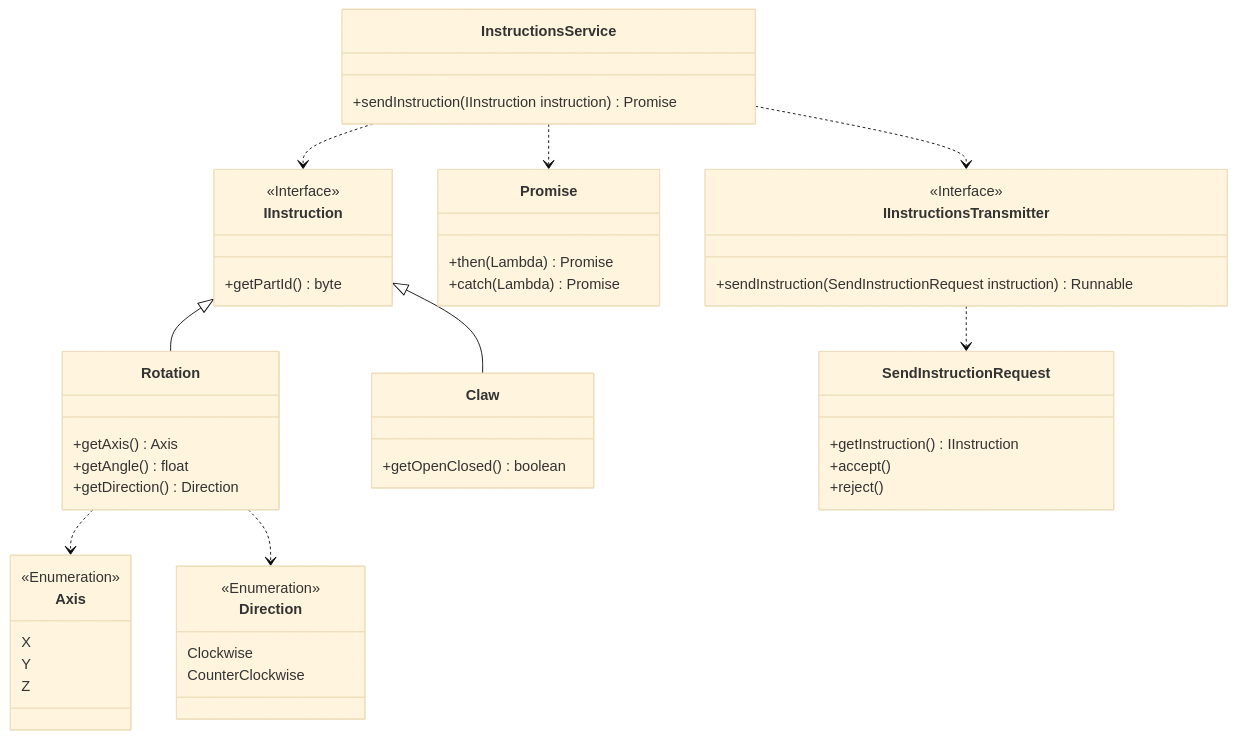
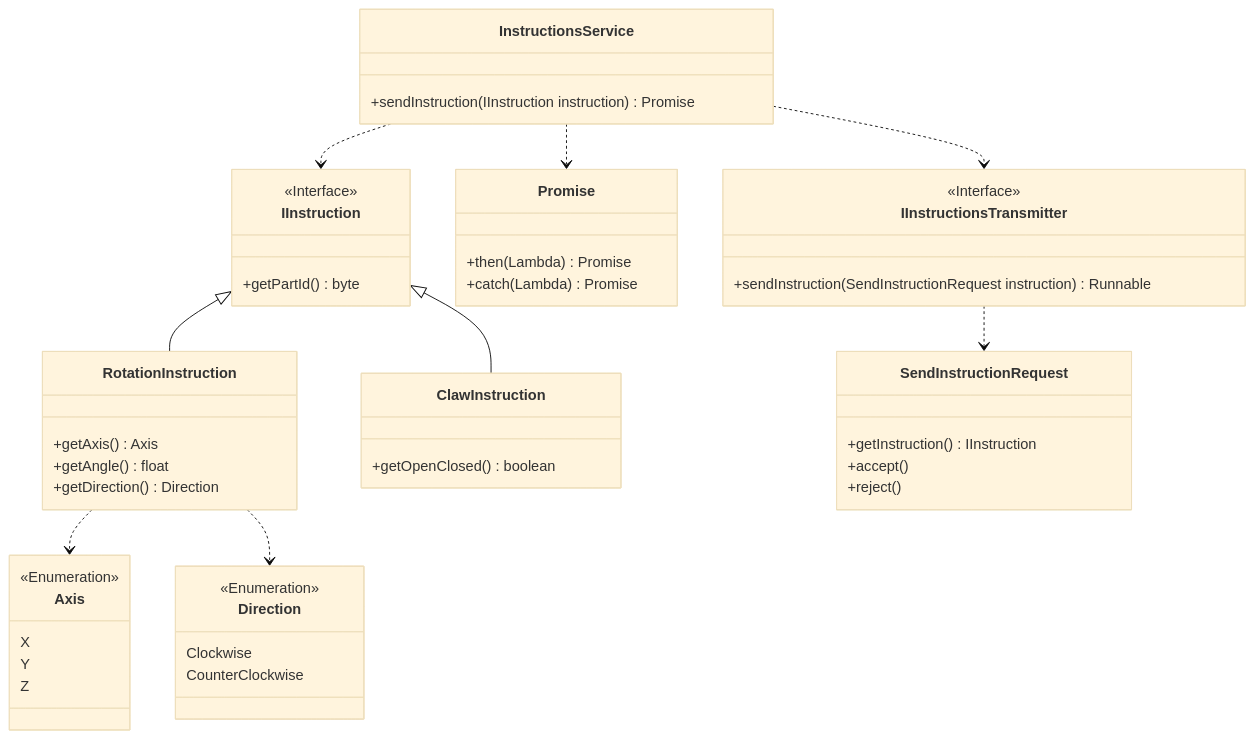
Before and after one commit to J4VJ4R/Proyecto-de-grado-Uniminuto-UNIBOT: the first of 4 diagrams in README.md, drawn with Mermaid (base theme). The commit also changed other lines of this file, not shown here.

Commit message:
Completados los diagramas de clases y el de secuencia.

````diff
--- a/README.md
+++ b/README.md
@@ -36,56 +40,56 @@
 ```mermaid
 classDiagram
 class IInstruction {
     <<Interface>>
     +getPartId() byte
 }
 class Axis {
     <<Enumeration>>
     X
     Y
     Z
 }
 class Direction {
     <<Enumeration>>
     Clockwise
     CounterClockwise
 }
-class Rotation {
+class RotationInstruction {
     +getAxis() Axis
     +getAngle() float
     +getDirection() Direction
 }
 
 class InstructionsService {
     +sendInstruction(IInstruction instruction) Promise
 }
 
 class SendInstructionRequest {
     +getInstruction() IInstruction
     +accept()
     +reject()
 }
 
 class IInstructionsTransmitter {
     <<Interface>>
     +sendInstruction(SendInstructionRequest instruction) Runnable
 }
 
 class Promise {
     +then(Lambda) Promise
     +catch(Lambda) Promise
 }
 
-class Claw {
+class ClawInstruction {
     +getOpenClosed() boolean
 }
 
-IInstruction <|--Rotation
-IInstruction <|--Claw
-Rotation..>Axis
-Rotation..>Direction
+IInstruction <|--RotationInstruction
+IInstruction <|--ClawInstruction
+RotationInstruction..>Axis
+RotationInstruction..>Direction
 InstructionsService..>IInstruction
 InstructionsService..>Promise
 InstructionsService..>IInstructionsTransmitter
 IInstructionsTransmitter..>SendInstructionRequest
 ```
````
